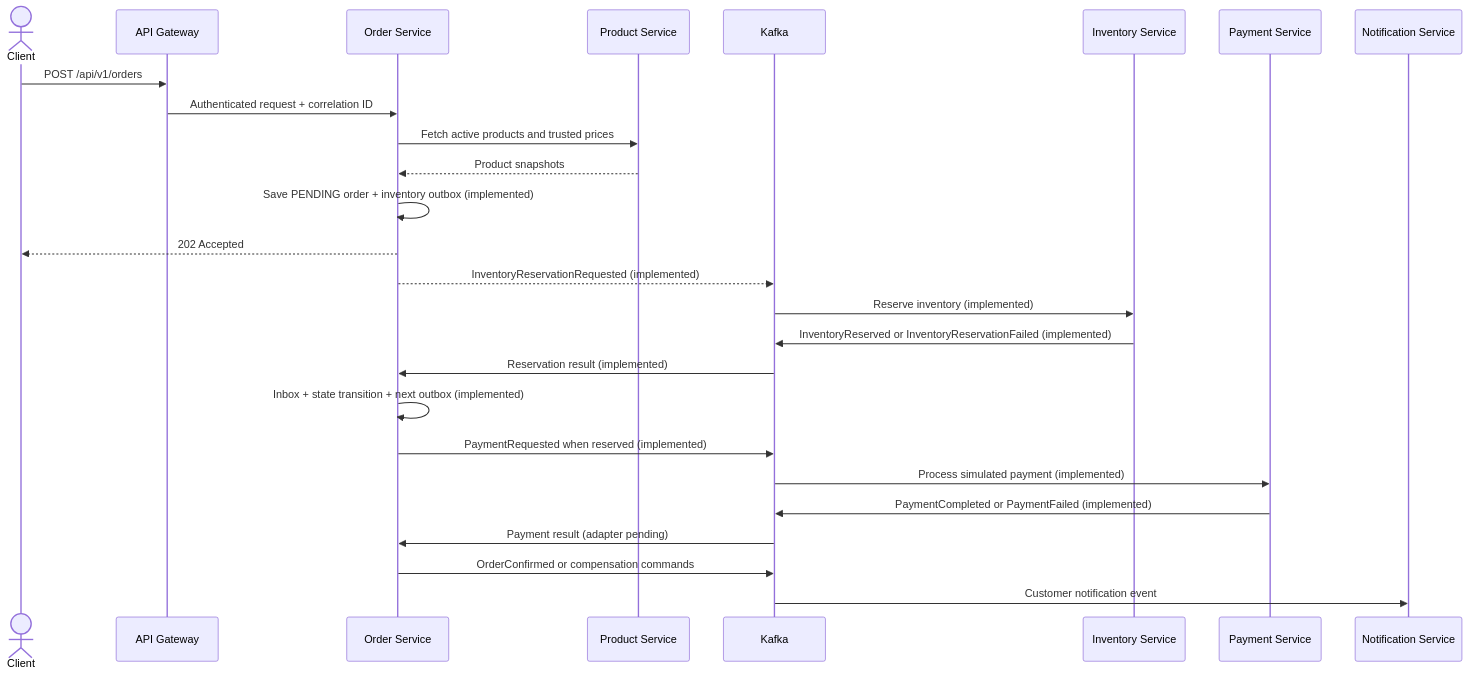
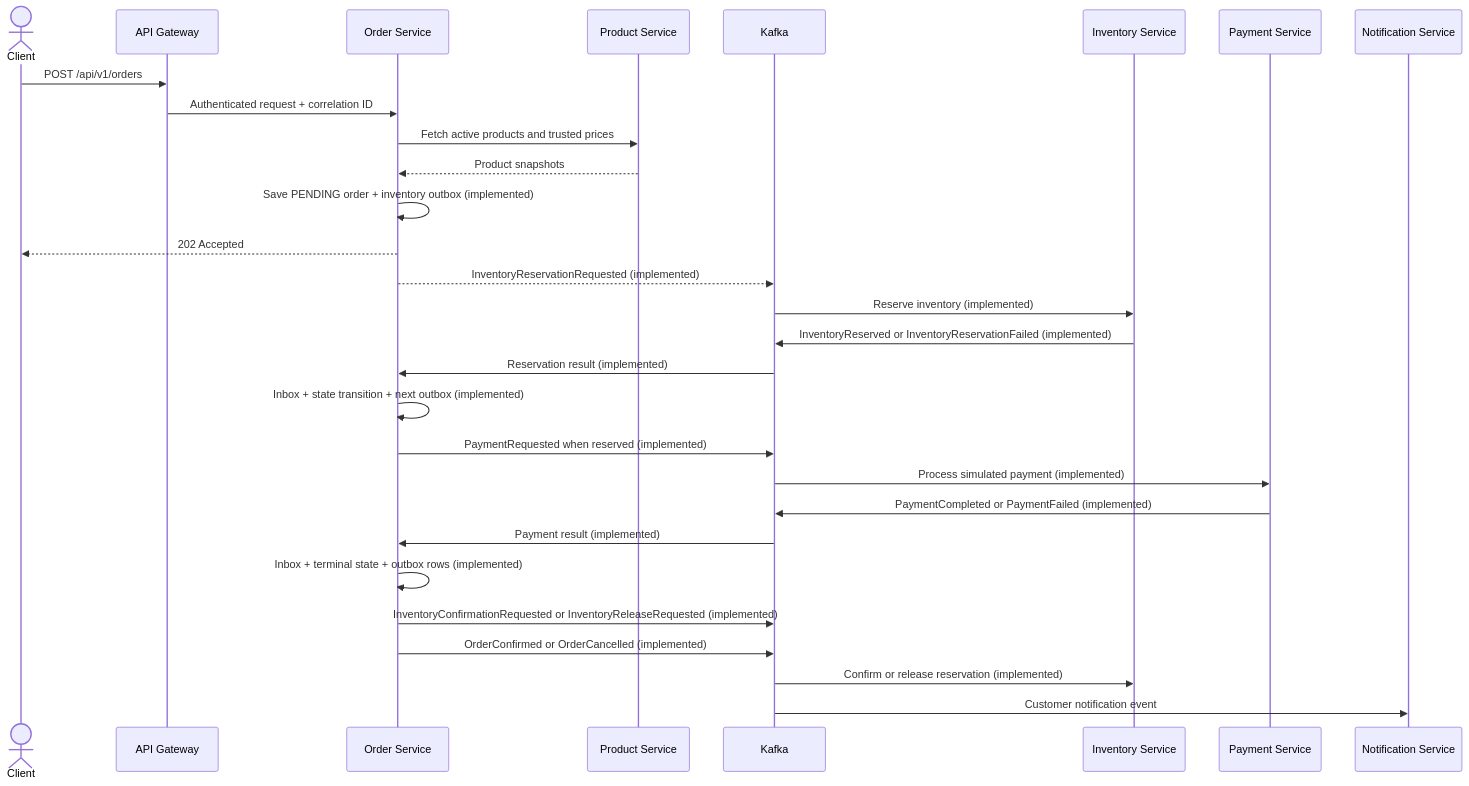
One commit to tranverse/ecommerce-microservices changed the second of 2 diagrams in docs/architecture/system-overview.md. Above: the diagram before and after it, drawn with Mermaid. The commit also changed other lines of this file and 26 other files, not shown here.

Commit message:
feat(order): complete saga from payment outcomes

````diff
--- a/docs/architecture/system-overview.md
+++ b/docs/architecture/system-overview.md
@@ -69,29 +69,32 @@
 ```mermaid
 sequenceDiagram
     actor Client
     participant G as API Gateway
     participant O as Order Service
     participant P as Product Service
     participant K as Kafka
     participant I as Inventory Service
     participant Pay as Payment Service
     participant N as Notification Service
 
     Client->>G: POST /api/v1/orders
     G->>O: Authenticated request + correlation ID
     O->>P: Fetch active products and trusted prices
     P-->>O: Product snapshots
     O->>O: Save PENDING order + inventory outbox (implemented)
     O-->>Client: 202 Accepted
     O-->>K: InventoryReservationRequested (implemented)
     K->>I: Reserve inventory (implemented)
     I->>K: InventoryReserved or InventoryReservationFailed (implemented)
     K->>O: Reservation result (implemented)
     O->>O: Inbox + state transition + next outbox (implemented)
     O->>K: PaymentRequested when reserved (implemented)
     K->>Pay: Process simulated payment (implemented)
     Pay->>K: PaymentCompleted or PaymentFailed (implemented)
-    K->>O: Payment result (adapter pending)
-    O->>K: OrderConfirmed or compensation commands
+    K->>O: Payment result (implemented)
+    O->>O: Inbox + terminal state + outbox rows (implemented)
+    O->>K: InventoryConfirmationRequested or InventoryReleaseRequested (implemented)
+    O->>K: OrderConfirmed or OrderCancelled (implemented)
+    K->>I: Confirm or release reservation (implemented)
     K->>N: Customer notification event
 ```
````
